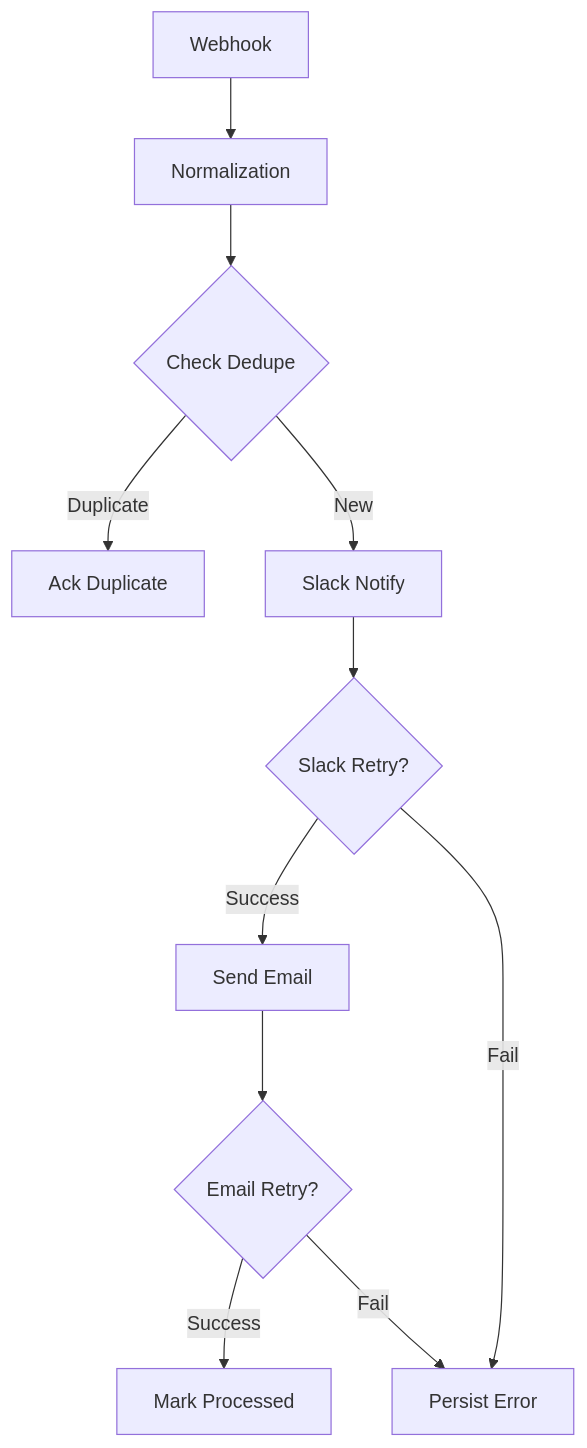
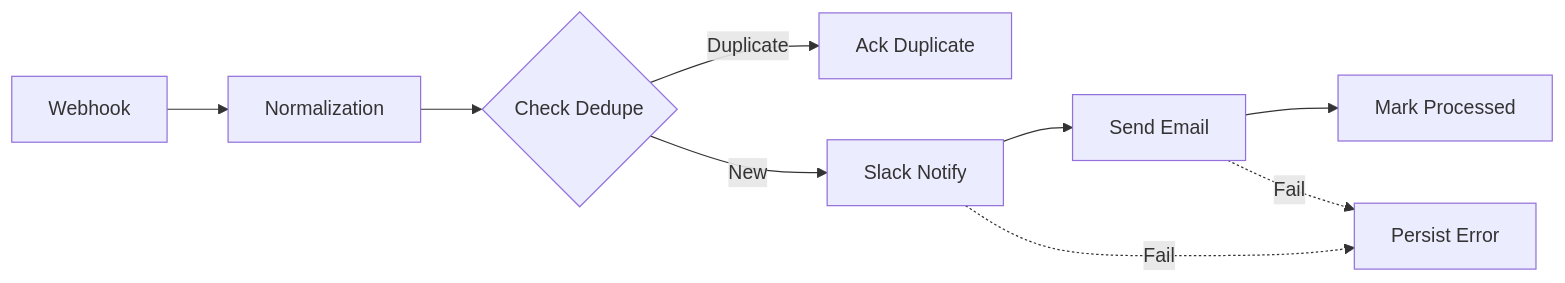
One commit to Sagarsangale01/n8n-incident-automation-pro changed the diagram in submission/TECHNICAL_DOCUMENTATION.md. Above: the diagram before and after it, drawn with Mermaid. The commit also changed other lines of this file and 3 other files, not shown here.

````diff
--- a/submission/TECHNICAL_DOCUMENTATION.md
+++ b/submission/TECHNICAL_DOCUMENTATION.md
@@ -8,13 +8,11 @@
 ```mermaid
-graph TD
+graph LR
     A[Webhook] --> B[Normalization]
     B --> C{Check Dedupe}
     C -->|Duplicate| D[Ack Duplicate]
     C -->|New| E[Slack Notify]
-    E --> F{Slack Retry?}
-    F -->|Success| G[Send Email]
-    F -->|Fail| H[Persist Error]
-    G --> J{Email Retry?}
-    J -->|Success| I[Mark Processed]
-    J -->|Fail| H
+    E --> F[Send Email]
+    F --> G[Mark Processed]
+    E -. Fail .-> H[Persist Error]
+    F -. Fail .-> H
 ```
````
